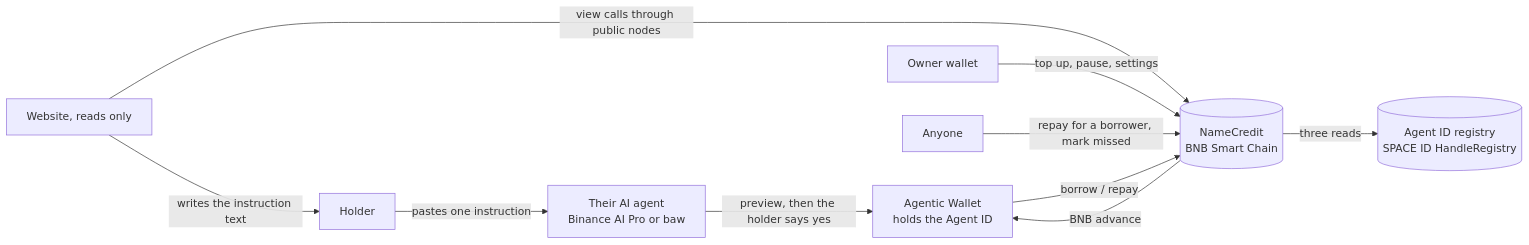
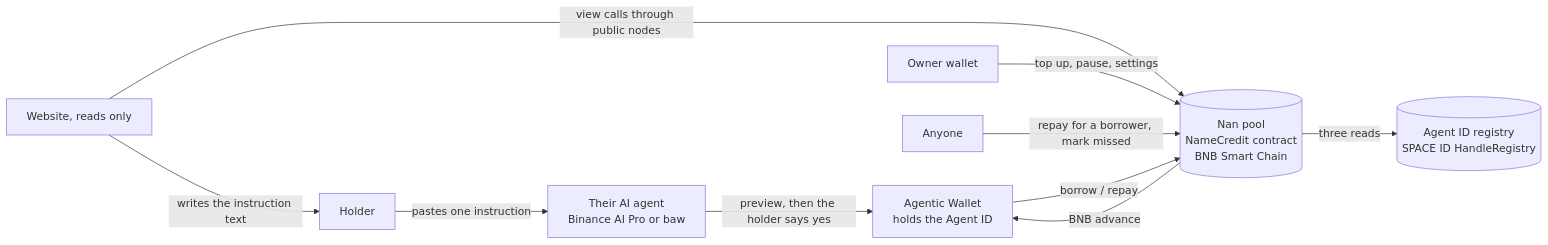
Before and after one commit to ramakrishnanhulk20/nan: the diagram in apps/web/content/docs/index.mdx, drawn with Mermaid. The commit also changed 3 other files, not shown here.

Commit message:
Name the pool in the diagrams

````diff
--- a/apps/web/content/docs/index.mdx
+++ b/apps/web/content/docs/index.mdx
@@ -18,12 +18,12 @@
 ```mermaid
 flowchart LR
   H[Holder] -->|pastes one instruction| A[Their AI agent<br/>Binance AI Pro or baw]
   A -->|preview, then the holder says yes| W[Agentic Wallet<br/>holds the Agent ID]
-  W -->|borrow / repay| C[(NameCredit<br/>BNB Smart Chain)]
+  W -->|borrow / repay| C[(Nan pool<br/>NameCredit contract<br/>BNB Smart Chain)]
   C -->|three reads| R[(Agent ID registry<br/>SPACE ID HandleRegistry)]
   C -->|BNB advance| W
   O[Owner wallet] -->|top up, pause, settings| C
   S[Website, reads only] -->|view calls through public nodes| C
   S -->|writes the instruction text| H
   K[Anyone] -->|repay for a borrower, mark missed| C
 ```
````
